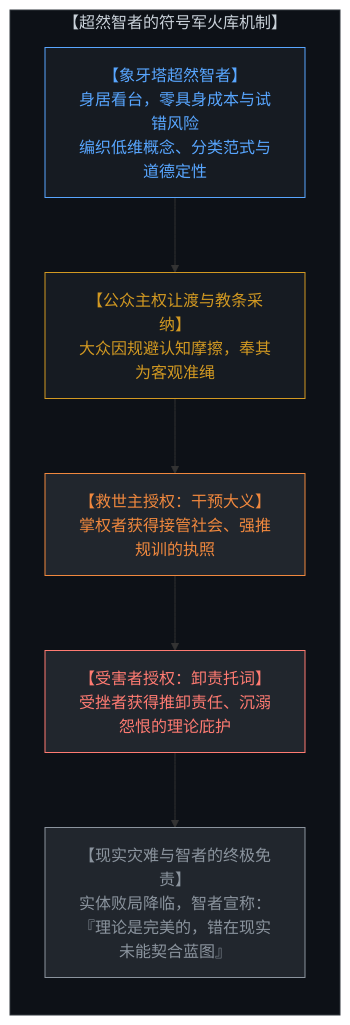
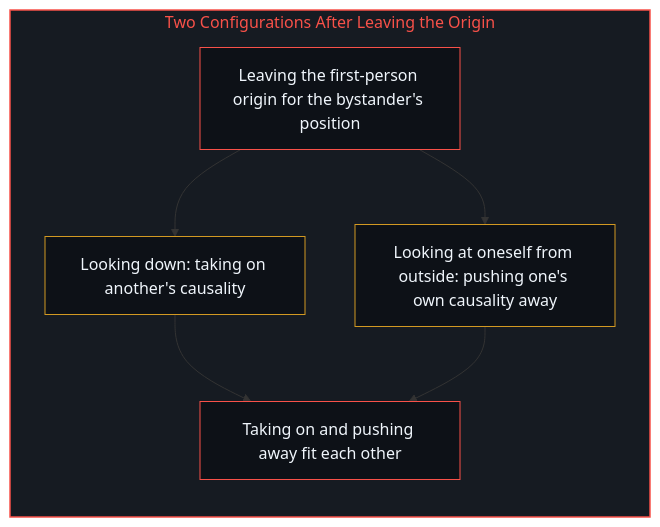
Before and after one commit to powerpig99/not-a-toe: the sixth of 12 diagrams in content/posts/the-mirror-handshake-of-power.md, drawn with Mermaid. The commit also changed other lines of this file and 3 other files, not shown here.

Commit message:
Refine the-mirror-handshake-of-power: alternating bilingual layout, English diagram twins, first-person framing

````diff
--- a/content/posts/the-mirror-handshake-of-power.md
+++ b/content/posts/the-mirror-handshake-of-power.md
@@ -175,26 +156,20 @@
 ```mermaid
-graph TD
-    subgraph MunitionsFactory["【超然智者的符号军火库机制】"]
+flowchart TD
+    subgraph S_Bystander["Two Configurations After Leaving the Origin"]
         direction TB
-        DetachedMind["【象牙塔超然智者】<br>身居看台，零具身成本与试错风险<br>编织低维概念、分类范式与道德定性"]
-        
-        BeliefUptake["【公众主权让渡与教条采纳】<br>大众因规避认知摩擦，奉其为客观准绳"]
-        
-        SaviorAuth["【救世主授权：干预大义】<br>掌权者获得接管社会、强推规训的执照"]
-        
-        VictimAuth["【受害者授权：卸责托词】<br>受挫者获得推卸责任、沉溺怨恨的理论庇护"]
-        
-        DisasterExemption["【现实灾难与智者的终极免责】<br>实体败局降临，智者宣称：<br>『理论是完美的，错在现实未能契合蓝图』"]
-        
-        DetachedMind --> BeliefUptake
-        BeliefUptake --> SaviorAuth
-        SaviorAuth --> VictimAuth
-        VictimAuth --> DisasterExemption
+        Leave["Leaving the first-person origin for the bystander's position"]
+        Take["Looking down: taking on another's causality"]
+        Push["Looking at oneself from outside: pushing one's own causality away"]
+        Lock["Taking on and pushing away fit each other"]
+        Leave --> Take
+        Leave --> Push
+        Take --> Lock
+        Push --> Lock
     end
-    style MunitionsFactory fill:#0d1117,stroke:#30363d,stroke-width:1px,color:#c9d1d9
-    style DetachedMind fill:#161b22,stroke:#58a6ff,stroke-width:1px,color:#58a6ff
-    style BeliefUptake fill:#161b22,stroke:#d29922,stroke-width:1px,color:#d29922
-    style SaviorAuth fill:#21262d,stroke:#f0883e,color:#f0883e
-    style VictimAuth fill:#21262d,stroke:#ff7b72,color:#ff7b72
-    style DisasterExemption fill:#21262d,stroke:#8b949e,color:#8b949e
+
+    style S_Bystander fill:#161b22,stroke:#f85149,stroke-width:1.5px,color:#f85149
+    style Leave fill:#0d1117,stroke:#f85149,stroke-width:1px,color:#f0f6fc
+    style Take fill:#0d1117,stroke:#d29922,stroke-width:1px,color:#f0f6fc
+    style Push fill:#0d1117,stroke:#d29922,stroke-width:1px,color:#f0f6fc
+    style Lock fill:#0d1117,stroke:#f85149,stroke-width:1px,color:#f0f6fc
 ```
````
